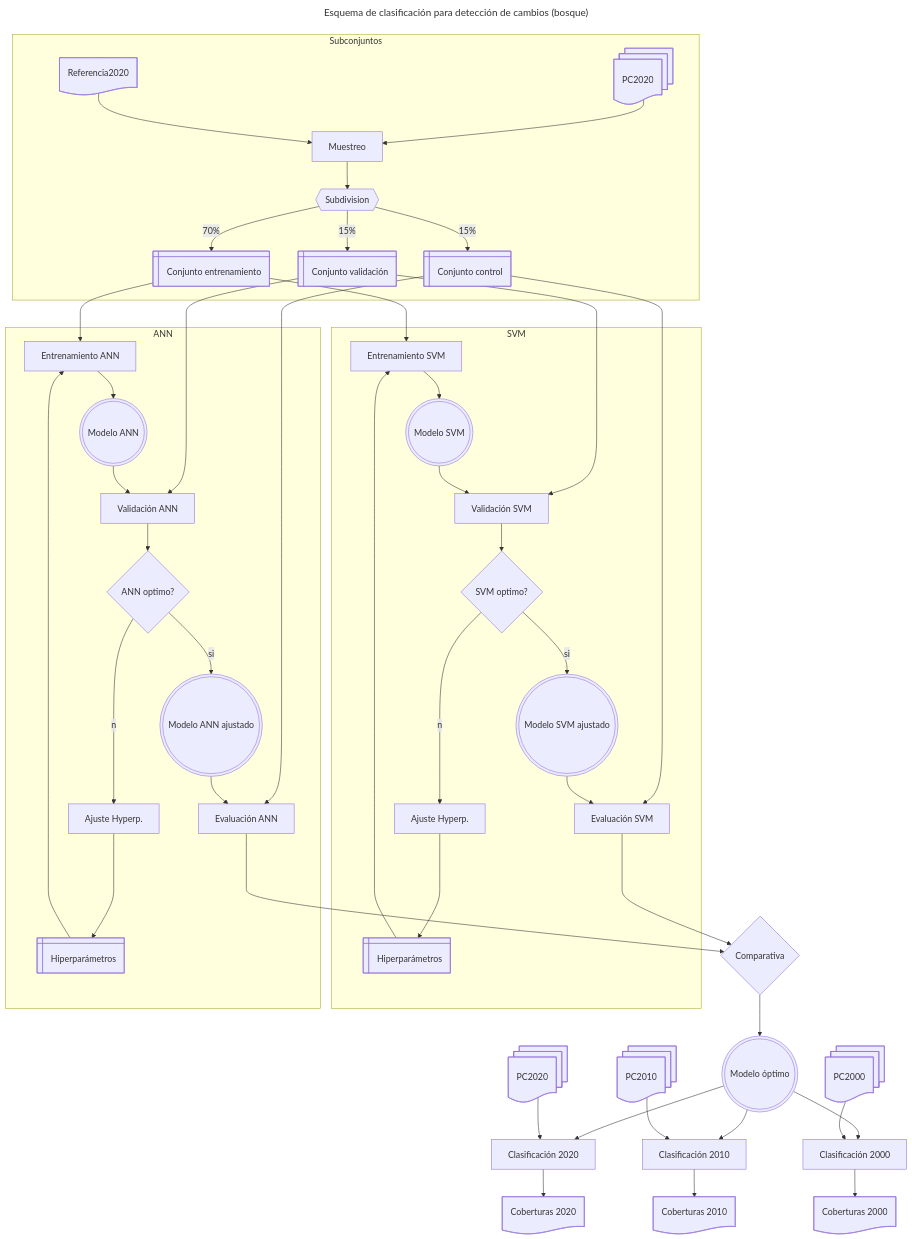
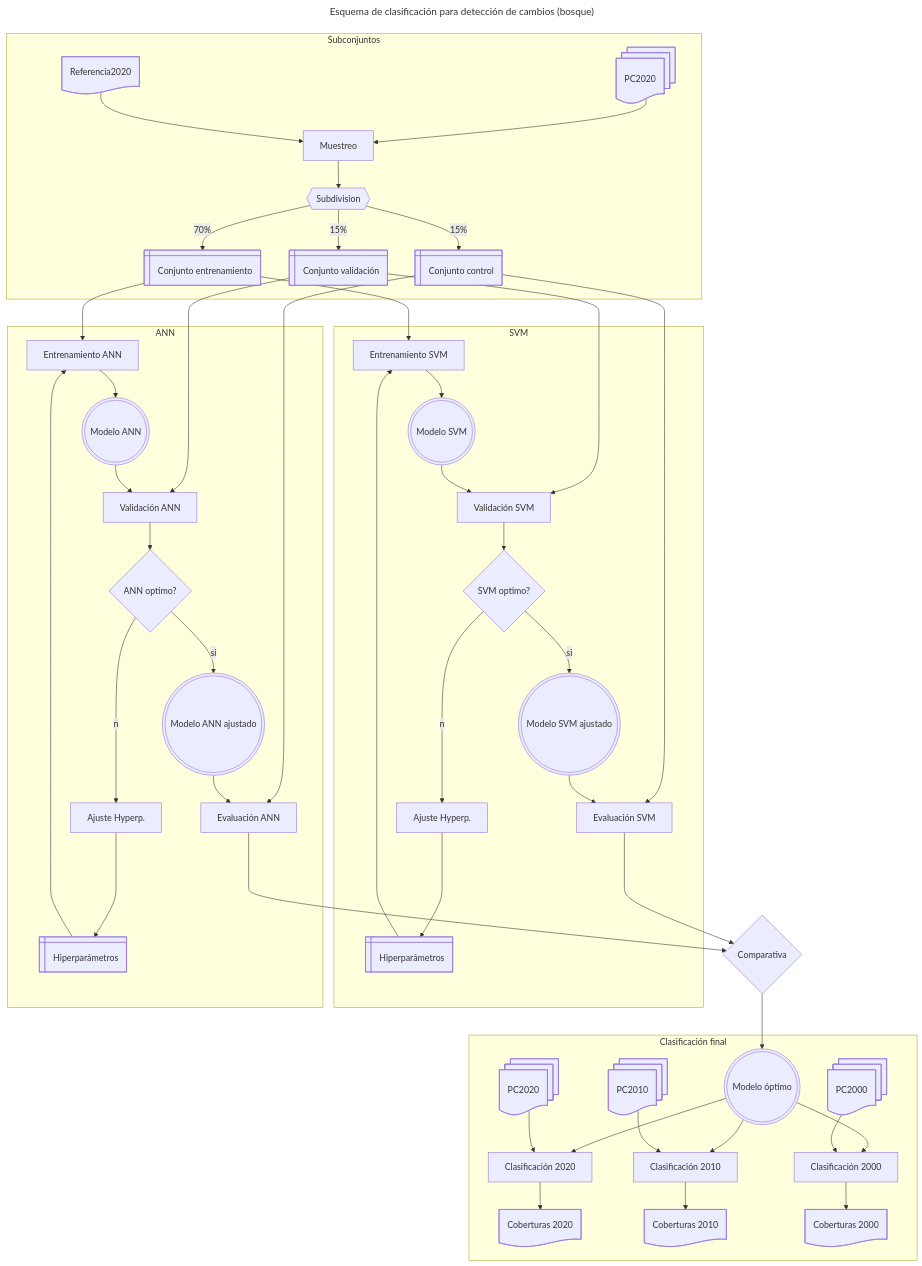
The diagram in ANPs/Esquema_clasificacion.mermaid (vshalisko/GEE), drawn with Mermaid before and after one commit.

```diff
--- a/ANPs/Esquema_clasificacion.mermaid
+++ b/ANPs/Esquema_clasificacion.mermaid
@@ -1,92 +1,95 @@
 ---
 title: Esquema de clasificación para detección de cambios (bosque)
 ---
 flowchart TD
     PC2000@{ shape: docs, label: PC2000}
     PC2010@{ shape: docs, label: PC2010}
     PC2020@{ shape: docs, label: PC2020}
     PC2020A@{ shape: docs, label: PC2020}
     Ref2020@{ shape: doc, label: Referencia2020}
     Muestreo@{ shape: proc, label: Muestreo}
     Subset@{ shape: hex, label: Subdivision}
     Train2020@{ shape: win-pane, label: Conjunto entrenamiento}
     Test2020@{ shape: win-pane, label: Conjunto control}
     Valid2020@{ shape: win-pane, label: Conjunto validación}
 
     HyperparamSVM@{ shape: win-pane, label: Hiperparámetros}
     HyperparamANN@{ shape: win-pane, label: Hiperparámetros}
     TrainSVM@{ shape: proc, label: Entrenamiento SVM}
     TrainANN@{ shape: proc, label: Entrenamiento ANN}
     ModeloSVM@{ shape: double-circle, label: Modelo SVM}
     ModeloANN@{ shape: double-circle, label: Modelo ANN}
     ModeloSVMok@{ shape: double-circle, label: Modelo SVM ajustado}
     ModeloANNok@{ shape: double-circle, label: Modelo ANN ajustado}
     ValidSVM@{ shape: proc, label: Validación SVM}
     ValidANN@{ shape: proc, label: Validación ANN}
     OptimSVM@{ shape: diam, label: SVM optimo?}
     OptimANN@{ shape: diam, label: ANN optimo?}
     ControlSVM@{ shape: proc, label: Evaluación SVM}
     ControlANN@{ shape: proc, label: Evaluación ANN}
     AjusteHypSVM@{ shape: proc, label: Ajuste Hyperp.}
     AjusteHypANN@{ shape: proc, label: Ajuste Hyperp.}
     Comparativa@{ shape: diam, label: Comparativa}
     ModeloOptimo@{ shape: double-circle, label: Modelo óptimo}
 
     Clasif2020@{ shape: proc, label: Clasificación 2020}
     Clasif2010@{ shape: proc, label: Clasificación 2010}
     Clasif2000@{ shape: proc, label: Clasificación 2000}
 
     Coberturas2020@{ shape: doc, label: Coberturas 2020}
     Coberturas2010@{ shape: doc, label: Coberturas 2010}
     Coberturas2000@{ shape: doc, label: Coberturas 2000}
 
     subgraph Subconjuntos
         PC2020A --> Muestreo
         Ref2020 --> Muestreo
         Muestreo --> Subset
         Subset --70%--> Train2020
         Subset --15%--> Test2020
         Subset --15%--> Valid2020
     end
 
     Train2020 --> TrainSVM    
     Train2020 --> TrainANN    
     Valid2020 --> ValidSVM
     Valid2020 --> ValidANN
     Test2020 --> ControlSVM
     Test2020 --> ControlANN
 
     subgraph SVM
         HyperparamSVM ----> TrainSVM
         TrainSVM --> ModeloSVM
         ModeloSVM --> ValidSVM
         ValidSVM --> OptimSVM
         OptimSVM --si--> ModeloSVMok
         OptimSVM --no--> AjusteHypSVM
         AjusteHypSVM ----> HyperparamSVM
         ModeloSVMok --> ControlSVM
     end
 
     subgraph ANN
         HyperparamANN ----> TrainANN
         TrainANN --> ModeloANN
         ModeloANN --> ValidANN
         ValidANN --> OptimANN
         OptimANN --si--> ModeloANNok
         OptimANN --no--> AjusteHypANN
         AjusteHypANN ----> HyperparamANN
         ModeloANNok --> ControlANN
     end
 
     ControlANN ----> Comparativa
     ControlSVM ----> Comparativa
     Comparativa --> ModeloOptimo
-    ModeloOptimo --> Clasif2020
-    ModeloOptimo --> Clasif2010
-    ModeloOptimo --> Clasif2000
-    PC2020 --> Clasif2020
-    PC2010 --> Clasif2010
-    PC2000 --> Clasif2000
-    Clasif2020 --> Coberturas2020
-    Clasif2010 --> Coberturas2010
-    Clasif2000 --> Coberturas2000
+
+    subgraph Clasificación final
+        ModeloOptimo --> Clasif2020
+        ModeloOptimo --> Clasif2010
+        ModeloOptimo --> Clasif2000
+        PC2020 --> Clasif2020
+        PC2010 --> Clasif2010
+        PC2000 --> Clasif2000
+        Clasif2020 --> Coberturas2020
+        Clasif2010 --> Coberturas2010
+        Clasif2000 --> Coberturas2000
+    end
```
